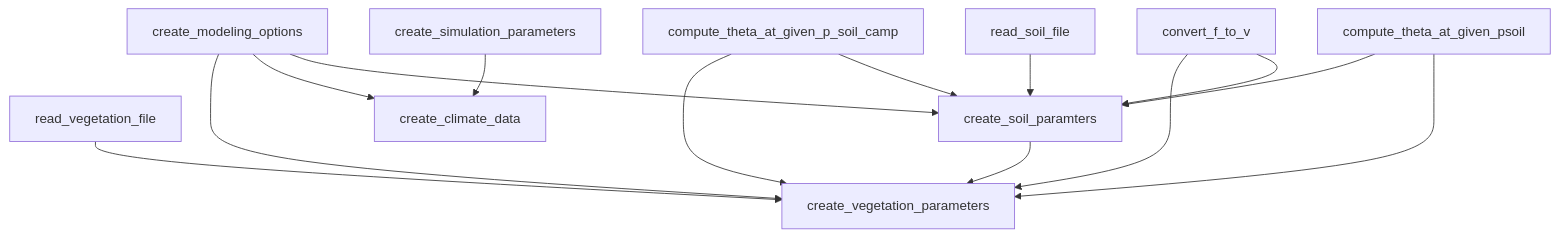
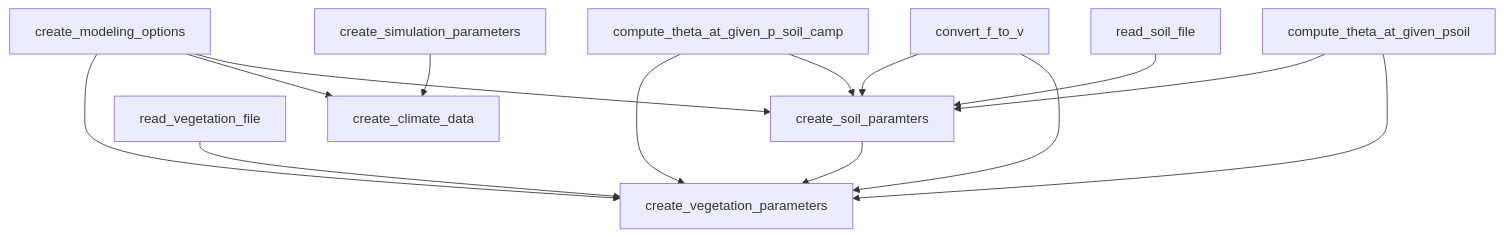
The diagram in README.md (ecamo19/sureau_ecos_py), drawn with Mermaid before and after one commit. The commit also changed 1 other file, not shown here.

Commit message:
README updated

````diff
--- a/README.md
+++ b/README.md
@@ -19,38 +19,39 @@
 ``` mermaid
     %%{init:{'themeVariables': {'primaryBorderColor': '#00758f'}}}%%
     flowchart TD;
 
         compute_theta_at_given_p_soil_camp-->create_vegetation_parameters;
         create_modeling_options-->create_vegetation_parameters;
+        convert_f_to_v-->create_soil_paramters;
         convert_f_to_v-->create_vegetation_parameters;
         read_vegetation_file-->create_vegetation_parameters;
 
         
         create_soil_paramters-->create_vegetation_parameters;
         
         create_modeling_options-->create_climate_data;
         create_simulation_parameters-->create_climate_data;
         
 
         create_modeling_options-->create_soil_paramters;
         read_soil_file-->create_soil_paramters;
         compute_theta_at_given_p_soil_camp-->create_soil_paramters;
         compute_theta_at_given_psoil-->create_soil_paramters;
         compute_theta_at_given_psoil-->create_vegetation_parameters;
-        convert_f_to_v-->create_soil_paramters;
+        
         
 
         
 
         %% Blue color boxes -----------------------------------------------------
 
         %%style create_climate_data fill:#00758f
         %%style create_modeling_options fill:#00758f
         %%style create_simulation_parameters fill:#00758f, lineColor:#00758f
         %%style create_soil_paramters fill:#00758f
 
 
         %% Red color boxes ------------------------------------------------------
         %%style compute_theta_at_given_psoil fill:#880808
 
 ```
````
